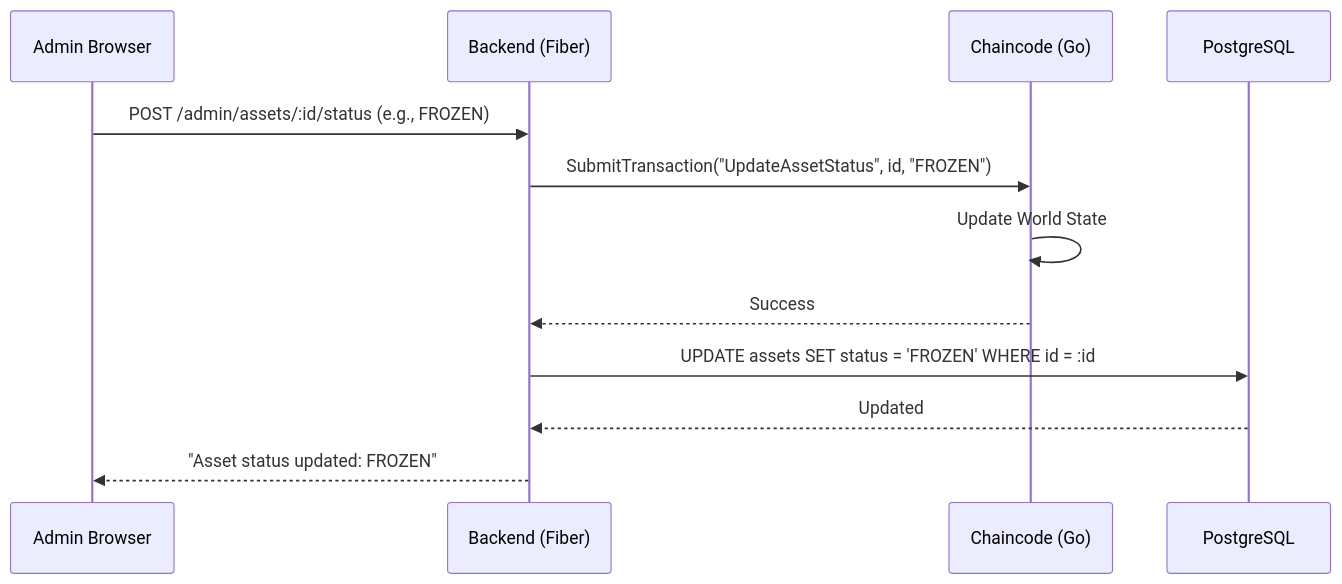
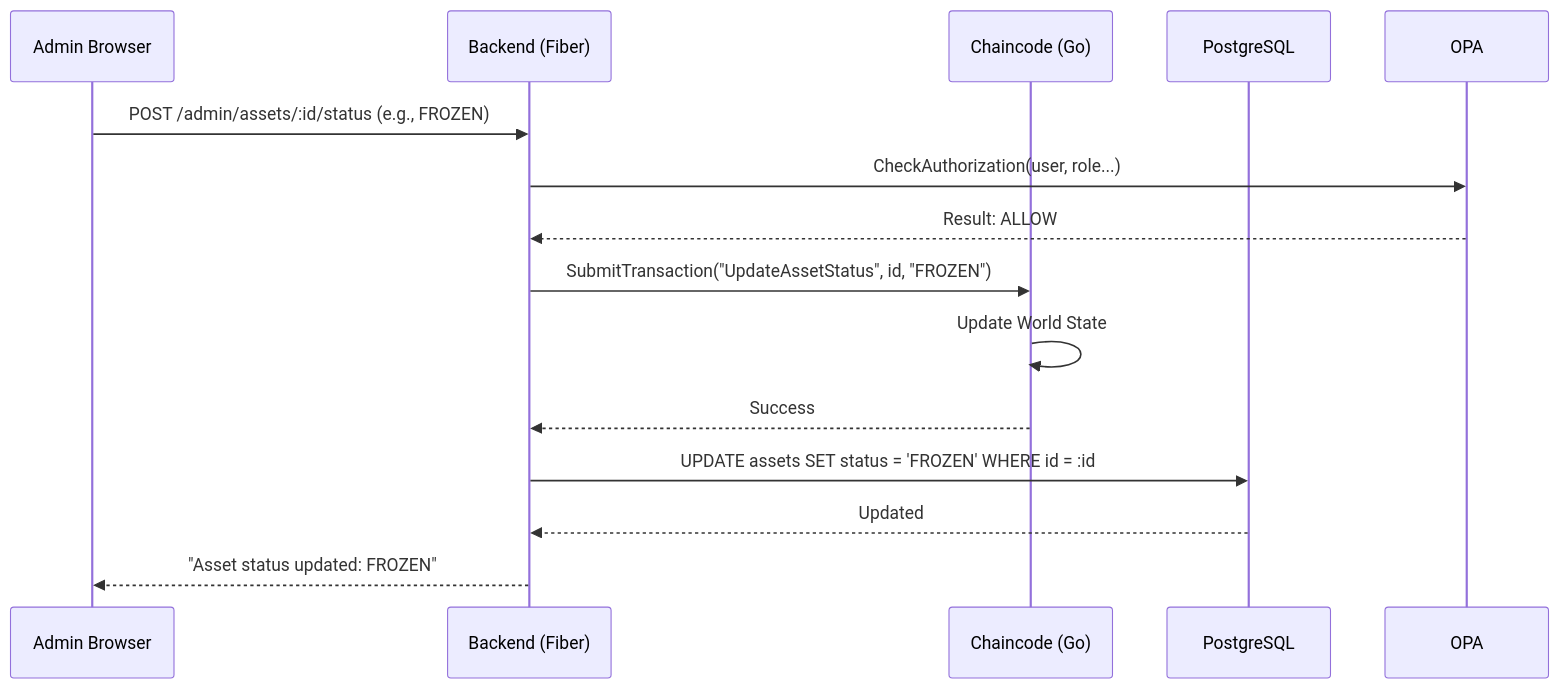
Before and after one commit to kelotduongvidainhat/hyperledger-fabric-skeleton: the fourth of 4 diagrams in docs/FLOW.md, drawn with Mermaid. The commit also changed other lines of this file and 3 other files, not shown here.

Commit message:
docs: update architecture and flow documentation to reflect OPA integration

````diff
--- a/docs/FLOW.md
+++ b/docs/FLOW.md
@@ -79,15 +86,17 @@
 ```mermaid
 sequenceDiagram
     participant Admin as Admin Browser
     participant API as Backend (Fiber)
     participant Fabric as Chaincode (Go)
     participant DB as PostgreSQL
 
     Admin->>API: POST /admin/assets/:id/status (e.g., FROZEN)
+    API->>OPA: CheckAuthorization(user, role...)
+    OPA-->>API: Result: ALLOW
     API->>Fabric: SubmitTransaction("UpdateAssetStatus", id, "FROZEN")
     Fabric->>Fabric: Update World State
     Fabric-->>API: Success
     API->>DB: UPDATE assets SET status = 'FROZEN' WHERE id = :id
     DB-->>API: Updated
     API-->>Admin: "Asset status updated: FROZEN"
 ```
````
